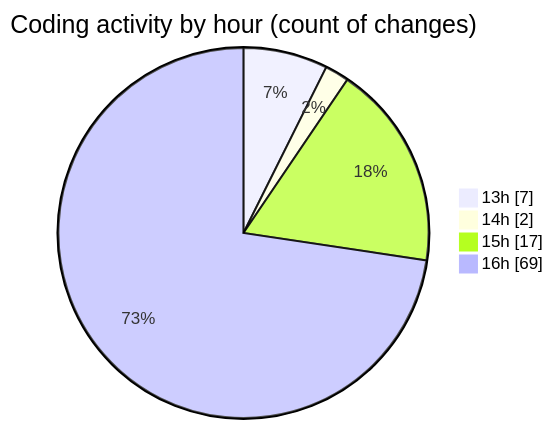
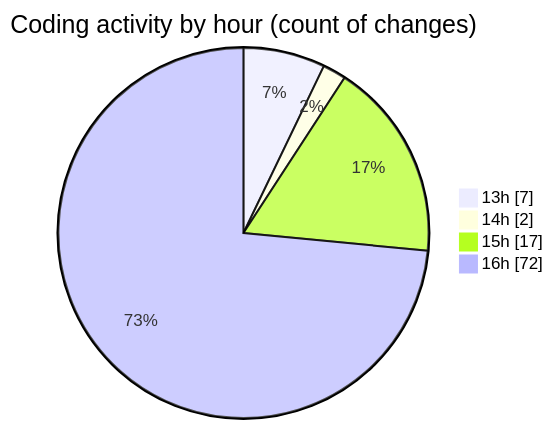
The second of 2 diagrams in 2025-02-24/micros/README.md (charlie-sans/code-tracking), drawn with Mermaid before and after one commit. The commit also changed other lines of this file and 1 other file, not shown here.

````diff
--- a/2025-02-24/micros/README.md
+++ b/2025-02-24/micros/README.md
@@ -45,8 +45,8 @@
 ```mermaid
 pie showData
 title Coding activity by hour (count of changes)
 "13h" : 7
 "14h" : 2
 "15h" : 17
-"16h" : 69
+"16h" : 72
 ```
````
